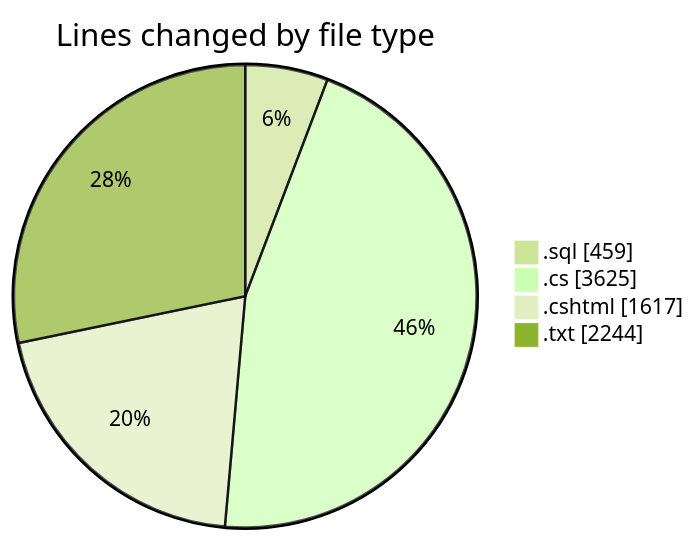
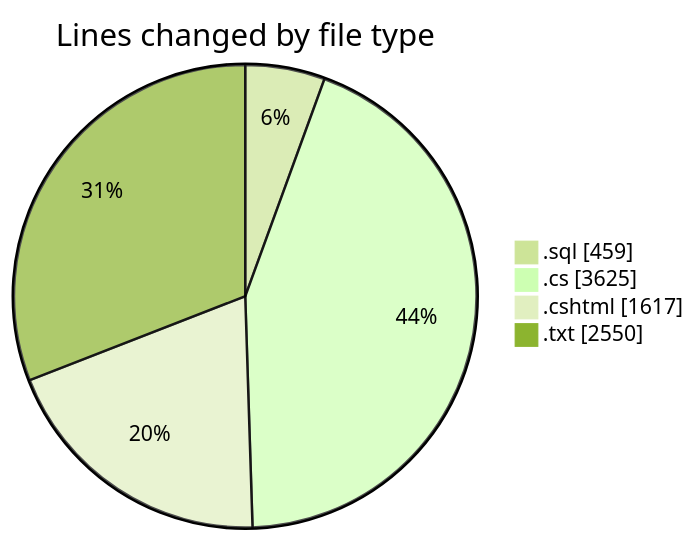
Before and after one commit to lephambinh05/code-tracking: the first of 2 diagrams in 2025-07-23/quanlyrapchieuphim/README.md, drawn with Mermaid (forest theme). The commit also changed other lines of this file and 1 other file, not shown here.

````diff
--- a/2025-07-23/quanlyrapchieuphim/README.md
+++ b/2025-07-23/quanlyrapchieuphim/README.md
@@ -33,8 +33,8 @@
 ```mermaid
 pie showData
 title Lines changed by file type
 ".sql" : 459
 ".cs" : 3625
 ".cshtml" : 1617
-".txt" : 2244
+".txt" : 2550
 ```
````
